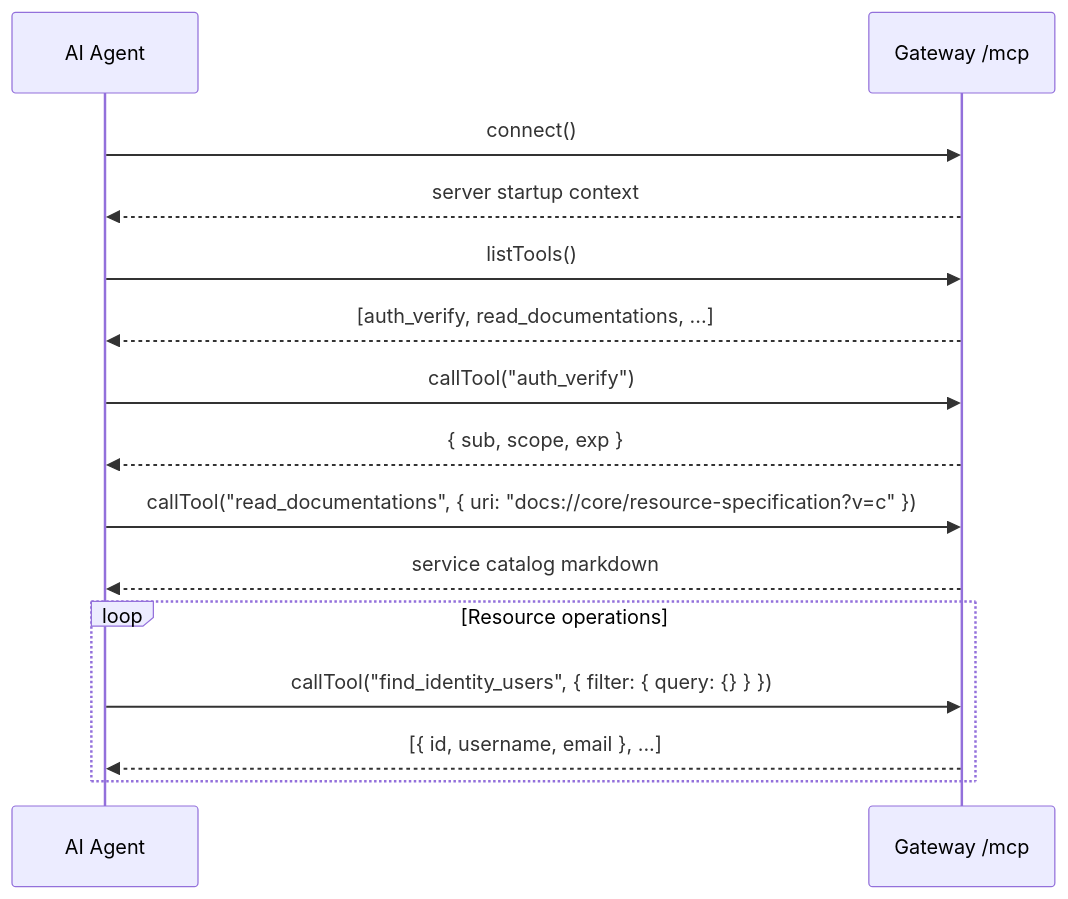
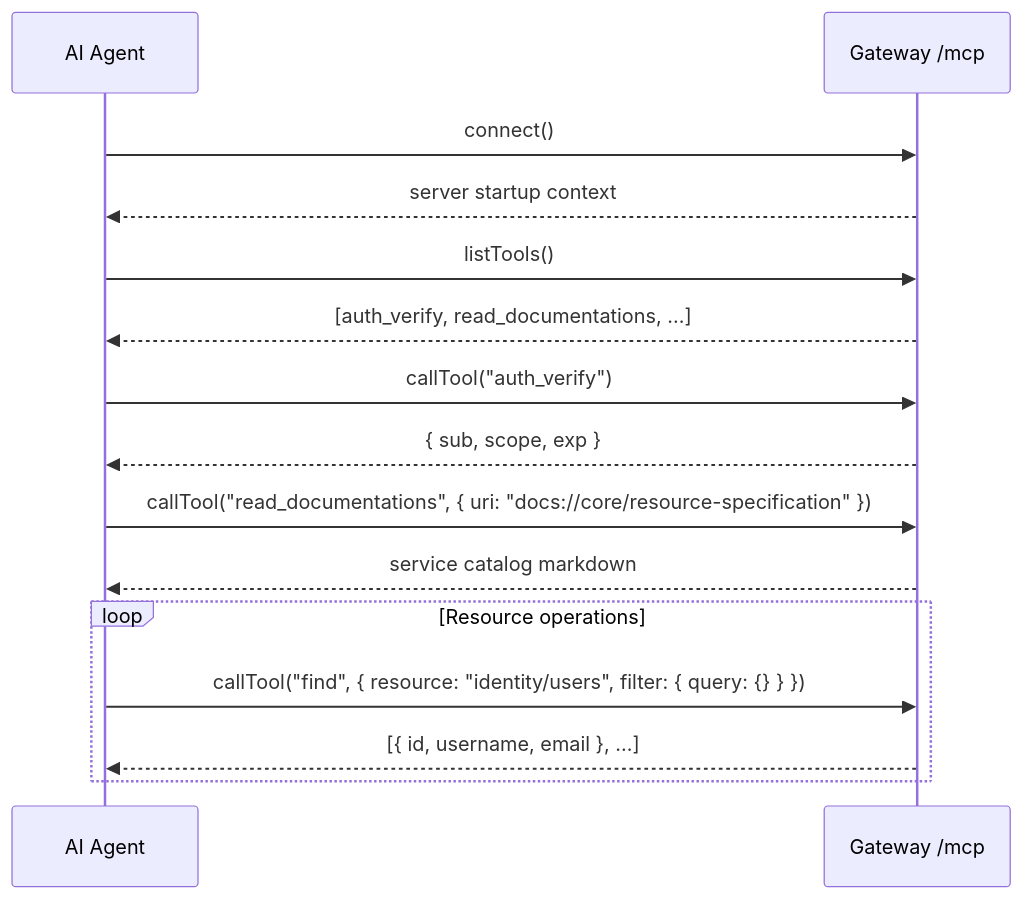
Before and after one commit to wenex-org/platform-docs: the second of 2 diagrams in mcp/overview.md, drawn with Mermaid. The commit also changed 14 other files, not shown here.

````diff
--- a/mcp/overview.md
+++ b/mcp/overview.md
@@ -27,21 +27,21 @@
 ```mermaid
 sequenceDiagram
     participant Agent as AI Agent
     participant GW as Gateway /mcp
 
     Agent->>GW: connect()
     GW-->>Agent: server startup context
     Agent->>GW: listTools()
     GW-->>Agent: [auth_verify, read_documentations, ...]
 
     Agent->>GW: callTool("auth_verify")
     GW-->>Agent: { sub, scope, exp }
 
-    Agent->>GW: callTool("read_documentations", { uri: "docs://core/resource-specification?v=c" })
+    Agent->>GW: callTool("read_documentations", { uri: "docs://core/resource-specification" })
     GW-->>Agent: service catalog markdown
 
     loop Resource operations
-        Agent->>GW: callTool("find_identity_users", { filter: { query: {} } })
+        Agent->>GW: callTool("find", { resource: "identity/users", filter: { query: {} } })
         GW-->>Agent: [{ id, username, email }, ...]
     end
 ```
````
